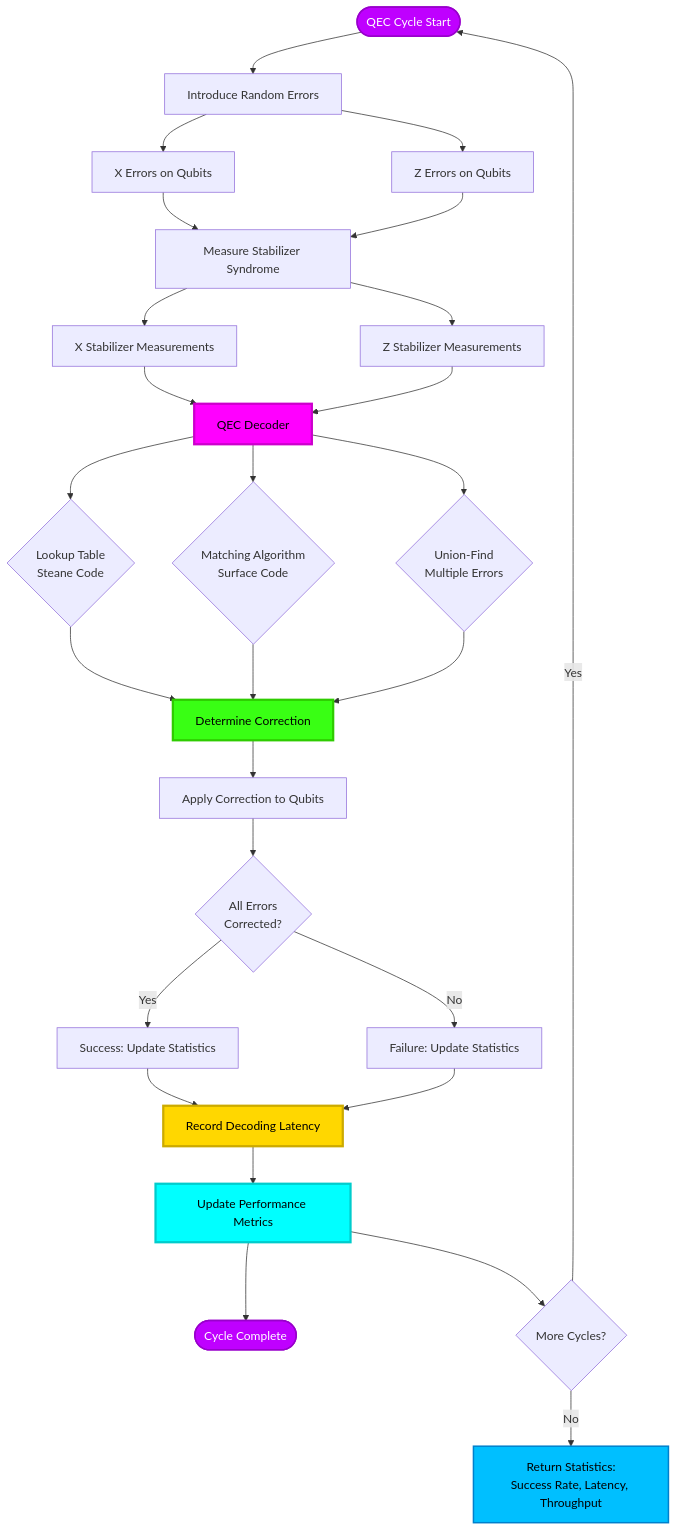
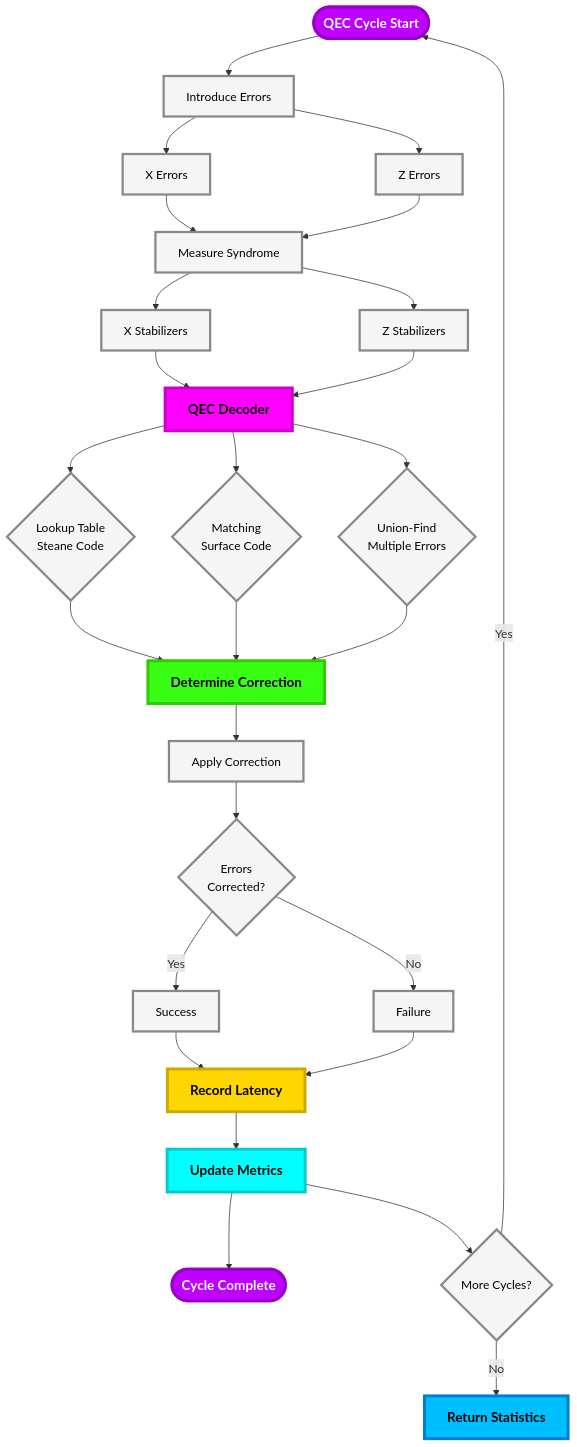
Before and after one commit to ahmed27037/Q: the diagram in diagrams/03_qec_feedback_loop.mmd, drawn with Mermaid. The commit also changed 1 other file, not shown here.

Commit message:
Improve QEC diagram readability: larger text, clearer layout, easier on eyes

```diff
--- a/diagrams/03_qec_feedback_loop.mmd
+++ b/diagrams/03_qec_feedback_loop.mmd
@@ -1,45 +1,52 @@
 flowchart TD
-    Start([QEC Cycle Start]) --> Errors[Introduce Random Errors]
-    Errors --> XErrors[X Errors on Qubits]
-    Errors --> ZErrors[Z Errors on Qubits]
+    Start([QEC Cycle Start]) --> Errors[Introduce Errors]
+    Errors --> XErrors[X Errors]
+    Errors --> ZErrors[Z Errors]
     
-    XErrors --> Measure[Measure Stabilizer Syndrome]
+    XErrors --> Measure[Measure Syndrome]
     ZErrors --> Measure
     
-    Measure --> XSyndrome[X Stabilizer Measurements]
-    Measure --> ZSyndrome[Z Stabilizer Measurements]
+    Measure --> XSyndrome[X Stabilizers]
+    Measure --> ZSyndrome[Z Stabilizers]
     
     XSyndrome --> Decoder[QEC Decoder]
     ZSyndrome --> Decoder
     
     Decoder --> Lookup{Lookup Table<br/>Steane Code}
-    Decoder --> Matching{Matching Algorithm<br/>Surface Code}
+    Decoder --> Matching{Matching<br/>Surface Code}
     Decoder --> UnionFind{Union-Find<br/>Multiple Errors}
     
     Lookup --> Correction[Determine Correction]
     Matching --> Correction
     UnionFind --> Correction
     
-    Correction --> Apply[Apply Correction to Qubits]
-    Apply --> Verify{All Errors<br/>Corrected?}
+    Correction --> Apply[Apply Correction]
+    Apply --> Verify{Errors<br/>Corrected?}
     
-    Verify -->|Yes| Success[Success: Update Statistics]
-    Verify -->|No| Failure[Failure: Update Statistics]
+    Verify -->|Yes| Success[Success]
+    Verify -->|No| Failure[Failure]
     
-    Success --> Latency[Record Decoding Latency]
+    Success --> Latency[Record Latency]
     Failure --> Latency
     
-    Latency --> Stats[Update Performance Metrics]
+    Latency --> Stats[Update Metrics]
     Stats --> End([Cycle Complete])
     
     Stats --> NextCycle{More Cycles?}
     NextCycle -->|Yes| Start
-    NextCycle -->|No| Results[Return Statistics:<br/>Success Rate, Latency, Throughput]
+    NextCycle -->|No| Results[Return Statistics]
     
-    style Decoder fill:#FF00FF,stroke:#CC00CC,stroke-width:3px,color:#000
-    style Correction fill:#39FF14,stroke:#2ECC00,stroke-width:3px,color:#000
-    style Latency fill:#FFD700,stroke:#CCAA00,stroke-width:3px,color:#000
-    style Stats fill:#00FFFF,stroke:#00CCCC,stroke-width:3px,color:#000
-    style Start fill:#BF00FF,stroke:#9900CC,stroke-width:2px,color:#FFF
-    style End fill:#BF00FF,stroke:#9900CC,stroke-width:2px,color:#FFF
-    style Results fill:#00BFFF,stroke:#0080CC,stroke-width:2px,color:#000
+    classDef neonCyan fill:#00FFFF,stroke:#00CCCC,stroke-width:4px,color:#000000,font-size:18px,font-weight:bold
+    classDef neonPink fill:#FF00FF,stroke:#CC00CC,stroke-width:4px,color:#000000,font-size:18px,font-weight:bold
+    classDef neonGreen fill:#39FF14,stroke:#2ECC00,stroke-width:4px,color:#000000,font-size:18px,font-weight:bold
+    classDef neonYellow fill:#FFD700,stroke:#CCAA00,stroke-width:4px,color:#000000,font-size:18px,font-weight:bold
+    classDef neonPurple fill:#BF00FF,stroke:#9900CC,stroke-width:4px,color:#FFFFFF,font-size:18px,font-weight:bold
+    classDef neonBlue fill:#00BFFF,stroke:#0080CC,stroke-width:4px,color:#000000,font-size:18px,font-weight:bold
+    classDef default fill:#F5F5F5,stroke:#888888,stroke-width:3px,color:#000000,font-size:16px,font-weight:normal
+    
+    class Decoder neonPink
+    class Correction neonGreen
+    class Latency neonYellow
+    class Stats neonCyan
+    class Start,End neonPurple
+    class Results neonBlue
```
